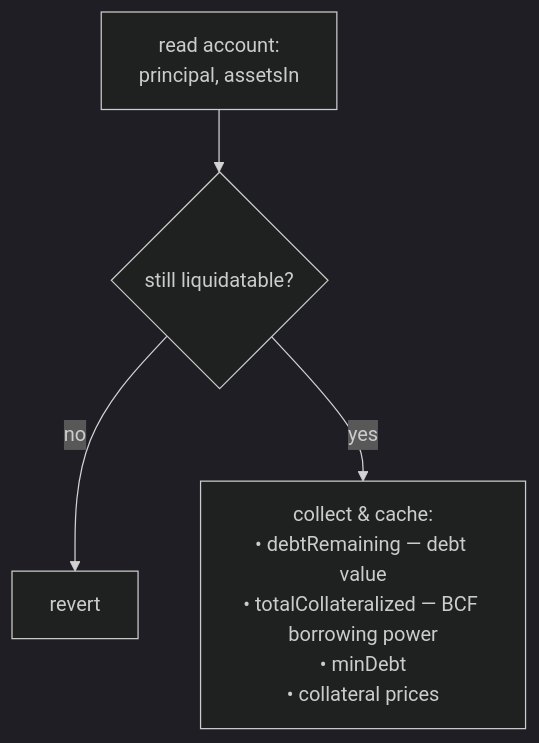
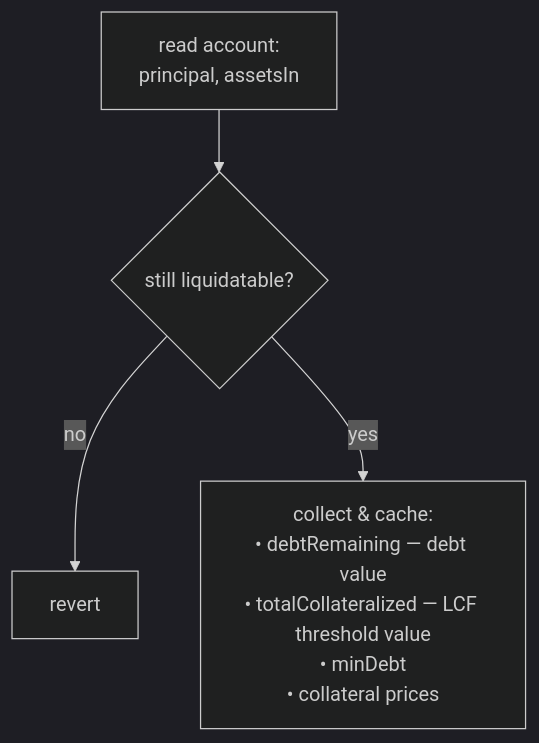
The fifth of 11 diagrams in docs/liquidation.md (woof-software/comet), drawn with Mermaid (dark theme) before and after one commit. The commit also changed other lines of this file, not shown here.

Commit message:
docs: clarify distinctions between liquidation factors and their impact on collateral seizure calculations

````diff
--- a/docs/liquidation.md
+++ b/docs/liquidation.md
@@ -517,6 +519,6 @@
 ```mermaid
 flowchart TD
     A1["read account:<br/>principal, assetsIn"] --> A2{"still liquidatable?"}
     A2 -->|no| R["revert"]
-    A2 -->|yes| A3["collect &amp; cache:<br/>• debtRemaining — debt value<br/>• totalCollateralized — BCF borrowing power<br/>• minDebt<br/>• collateral prices"]
+    A2 -->|yes| A3["collect &amp; cache:<br/>• debtRemaining — debt value<br/>• totalCollateralized — LCF threshold value<br/>• minDebt<br/>• collateral prices"]
 ```
````
